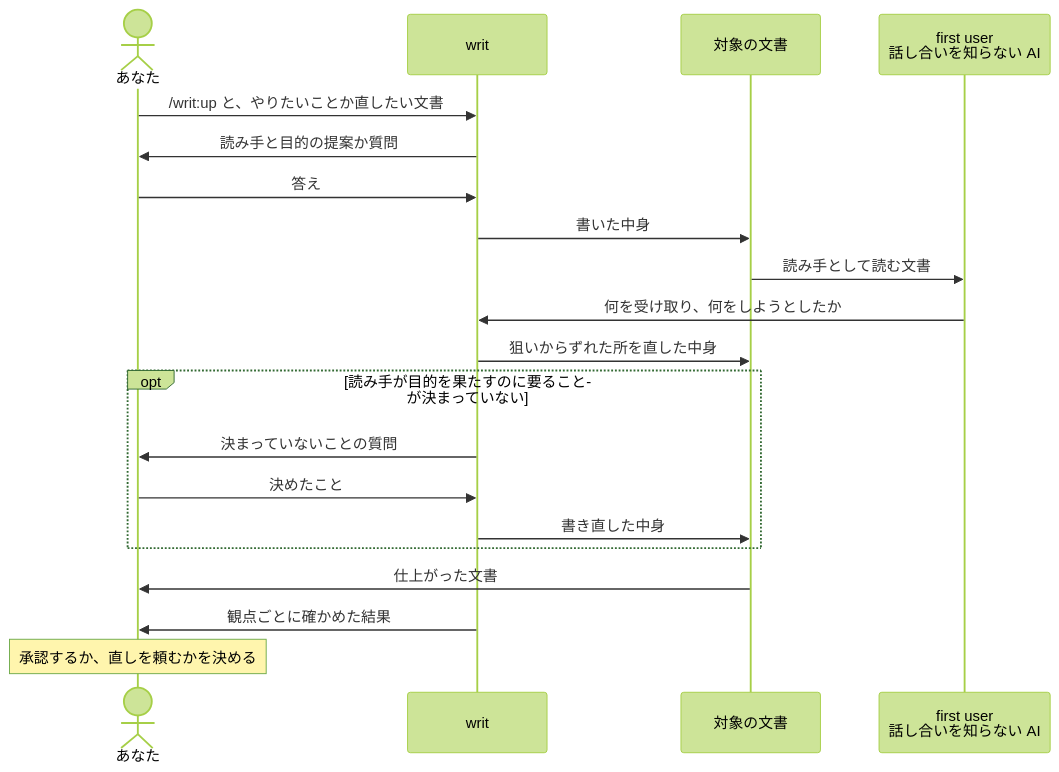
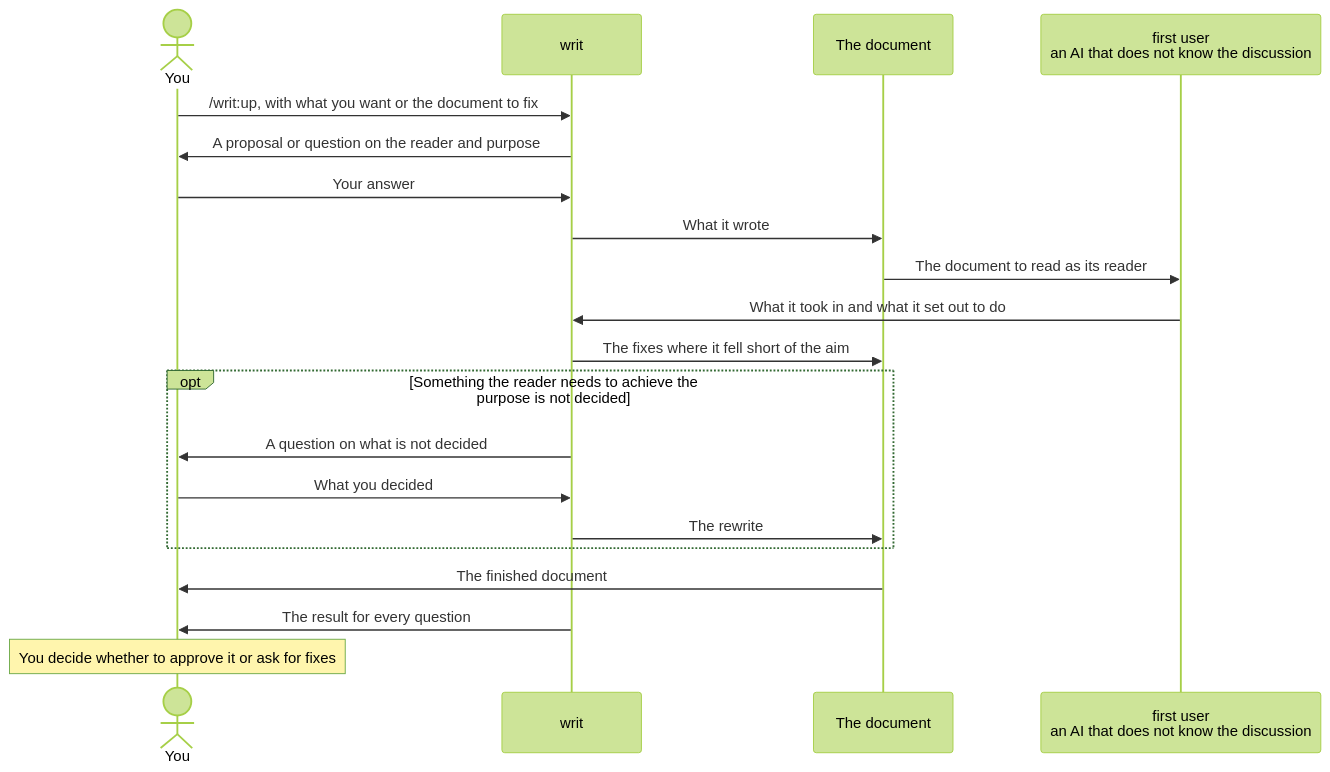
One commit to lovaizu/ccpm changed the diagram in writ/README.md. Above: the diagram before and after it, drawn with Mermaid (forest theme). The commit also changed other lines of this file and 5 other files, not shown here.

````diff
--- a/writ/README.md
+++ b/writ/README.md
@@ -19,22 +19,22 @@
 ```mermaid
 sequenceDiagram
-  actor Y as あなた
+  actor Y as You
   participant W as writ
-  participant F as 対象の文書
-  participant U as first user<br/>話し合いを知らない AI
-  Y->>W: /writ:up と、やりたいことか直したい文書
-  W->>Y: 読み手と目的の提案か質問
-  Y->>W: 答え
-  W->>F: 書いた中身
-  F->>U: 読み手として読む文書
-  U->>W: 何を受け取り、何をしようとしたか
-  W->>F: 狙いからずれた所を直した中身
-  opt 読み手が目的を果たすのに要ることが決まっていない
-    W->>Y: 決まっていないことの質問
-    Y->>W: 決めたこと
-    W->>F: 書き直した中身
+  participant F as The document
+  participant U as first user<br/>an AI that does not know the discussion
+  Y->>W: /writ:up, with what you want or the document to fix
+  W->>Y: A proposal or question on the reader and purpose
+  Y->>W: Your answer
+  W->>F: What it wrote
+  F->>U: The document to read as its reader
+  U->>W: What it took in and what it set out to do
+  W->>F: The fixes where it fell short of the aim
+  opt Something the reader needs to achieve the purpose is not decided
+    W->>Y: A question on what is not decided
+    Y->>W: What you decided
+    W->>F: The rewrite
   end
-  F->>Y: 仕上がった文書
-  W->>Y: 観点ごとに確かめた結果
-  Note over Y: 承認するか、直しを頼むかを決める
+  F->>Y: The finished document
+  W->>Y: The result for every question
+  Note over Y: You decide whether to approve it or ask for fixes
 ```
````
